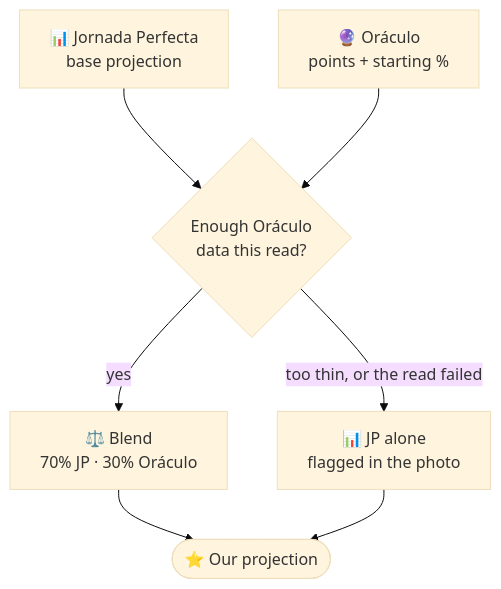
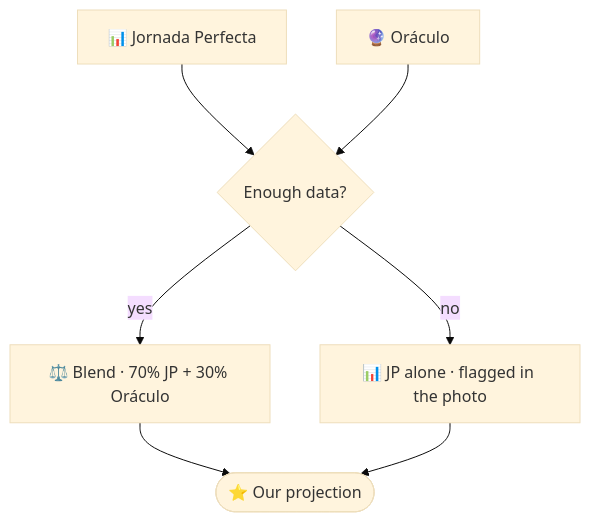
The diagram in packages/biwenger_tools/README.md (jorgelillo7/lillorepo), drawn with Mermaid (base theme) before and after one commit. The commit also changed 1 other file, not shown here.

First paragraph of the commit message:
docs(biwenger_tools): measure whether the goals are already in the points
The objection to using `goalProbability` was that goals are where the points
come from, so it is already inside `predictedPoints` and using it again
double-counts. Measured across the 32 picks players carrying both:

````diff
--- a/packages/biwenger_tools/README.md
+++ b/packages/biwenger_tools/README.md
@@ -62,16 +62,15 @@
 ```mermaid
 flowchart TD
-    JP["📊 Jornada Perfecta<br/>base projection"]
-    OR["🔮 Oráculo<br/>points + starting %"]
-    CHK{"Enough Oráculo<br/>data this read?"}
-    MIX["⚖️ Blend<br/>70% JP · 30% Oráculo"]
-    ONLY["📊 JP alone<br/>flagged in the photo"]
+    JP["📊 Jornada Perfecta"]
+    OR["🔮 Oráculo"]
+    CHK{"Enough data?"}
+    MIX["⚖️ Blend · 70% JP + 30% Oráculo"]
+    ONLY["📊 JP alone · flagged in the photo"]
     OUT(["⭐ Our projection"])
-
     JP --> CHK
     OR --> CHK
     CHK -->|yes| MIX
-    CHK -->|"too thin, or the read failed"| ONLY
+    CHK -->|no| ONLY
     MIX --> OUT
     ONLY --> OUT
 ```
````
